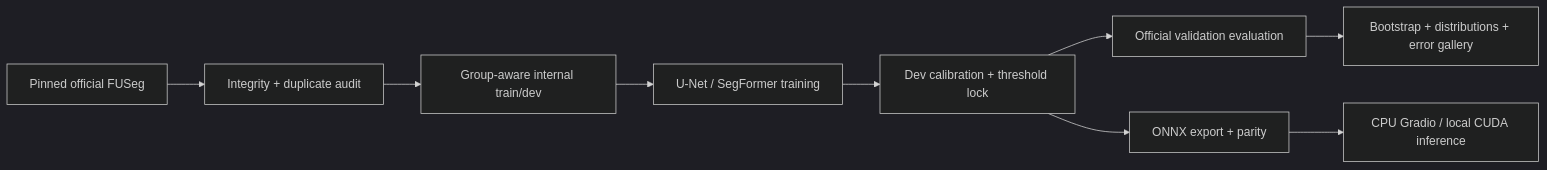
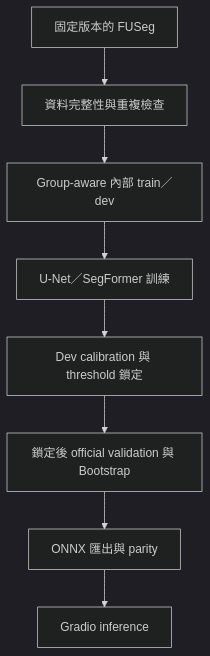
The diagram in README.md (kuotunyu/WoundScope), drawn with Mermaid (dark theme) before and after one commit. The commit also changed other lines of this file, not shown here.

````diff
--- a/README.md
+++ b/README.md
@@ -41,11 +37,10 @@
 ```mermaid
-flowchart LR
-    A["Pinned official FUSeg"] --> B["Integrity + duplicate audit"]
-    B --> C["Group-aware internal train/dev"]
-    C --> D["U-Net / SegFormer training"]
-    D --> E["Dev calibration + threshold lock"]
-    E --> F["Official validation evaluation"]
-    E --> G["ONNX export + parity"]
-    G --> H["CPU Gradio / local CUDA inference"]
-    F --> I["Bootstrap + distributions + error gallery"]
+flowchart TD
+    A["固定版本的 FUSeg"] --> B["資料完整性與重複檢查"]
+    B --> C["Group-aware 內部 train／dev"]
+    C --> D["U-Net／SegFormer 訓練"]
+    D --> E["Dev calibration 與 threshold 鎖定"]
+    E --> F["鎖定後 official validation 與 Bootstrap"]
+    F --> G["ONNX 匯出與 parity"]
+    G --> H["Gradio inference"]
 ```
````
